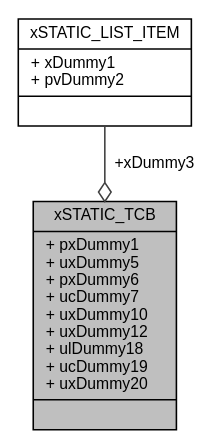
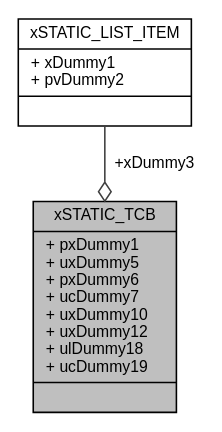
The diagram in structx_s_t_a_t_i_c___t_c_b__coll__graph.dot (RoboJackets/mtrain-firmware), drawn with Graphviz before and after one commit. The commit also changed 3751 other files, not shown here.

```diff
--- a/structx_s_t_a_t_i_c___t_c_b__coll__graph.dot
+++ b/structx_s_t_a_t_i_c___t_c_b__coll__graph.dot
@@ -1,8 +1,8 @@
 digraph "xSTATIC_TCB"
 {
   edge [fontname="Helvetica",fontsize="10",labelfontname="Helvetica",labelfontsize="10"];
   node [fontname="Helvetica",fontsize="10",shape=record];
-  Node1 [label="{xSTATIC_TCB\n|+ pxDummy1\l+ uxDummy5\l+ pxDummy6\l+ ucDummy7\l+ uxDummy10\l+ uxDummy12\l+ ulDummy18\l+ ucDummy19\l+ uxDummy20\l|}",height=0.2,width=0.4,color="black", fillcolor="grey75", style="filled", fontcolor="black"];
+  Node1 [label="{xSTATIC_TCB\n|+ pxDummy1\l+ uxDummy5\l+ pxDummy6\l+ ucDummy7\l+ uxDummy10\l+ uxDummy12\l+ ulDummy18\l+ ucDummy19\l|}",height=0.2,width=0.4,color="black", fillcolor="grey75", style="filled", fontcolor="black"];
   Node2 -> Node1 [color="grey25",fontsize="10",style="solid",label=" +xDummy3" ,arrowhead="odiamond",fontname="Helvetica"];
   Node2 [label="{xSTATIC_LIST_ITEM\n|+ xDummy1\l+ pvDummy2\l|}",height=0.2,width=0.4,color="black", fillcolor="white", style="filled",URL="$structx_s_t_a_t_i_c___l_i_s_t___i_t_e_m.html"];
 }
```
